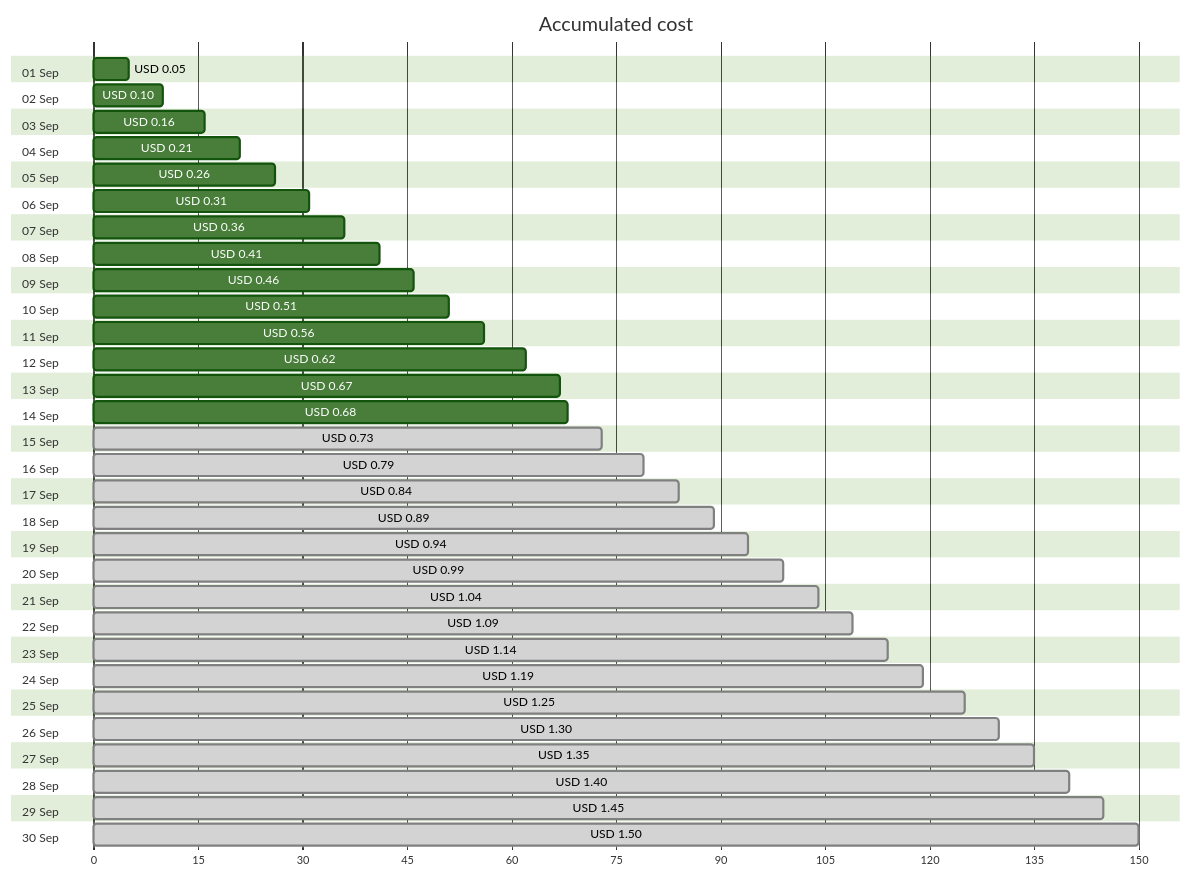
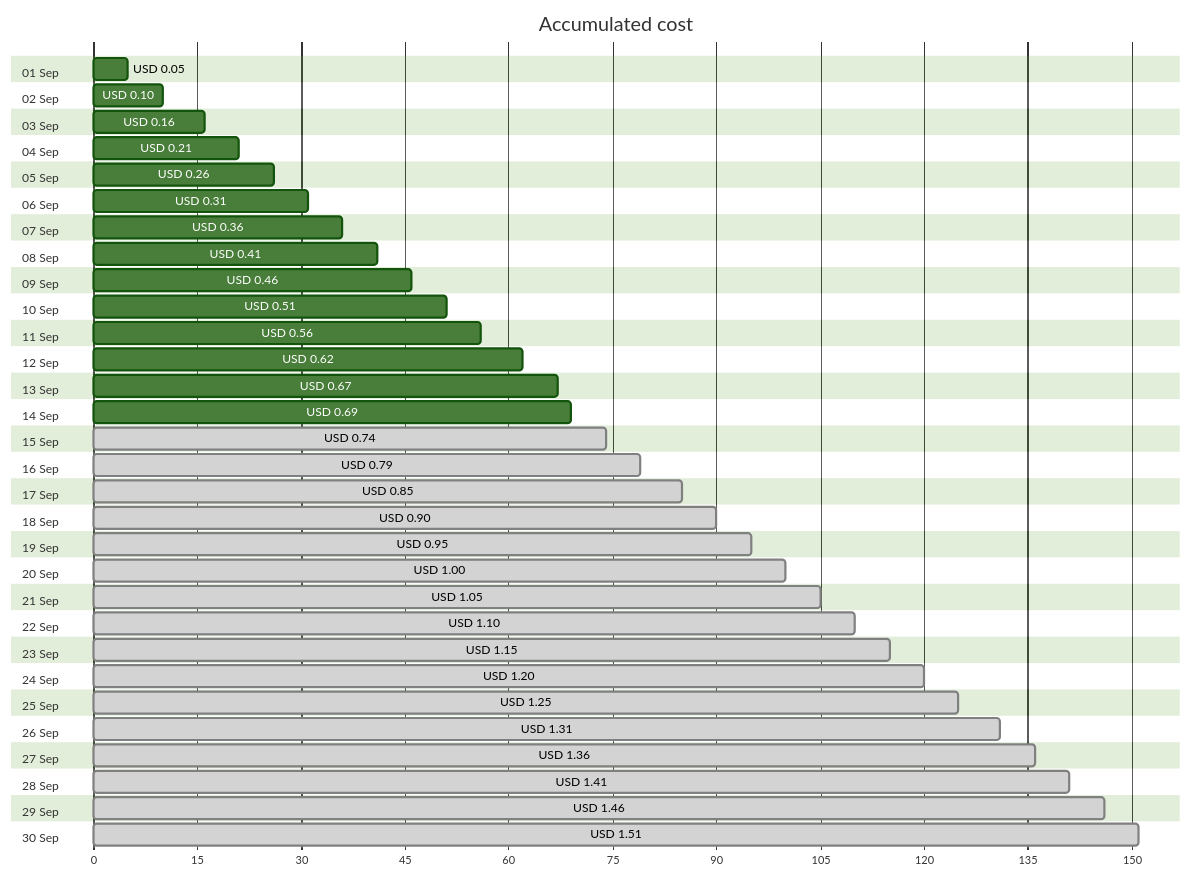
The first of 4 diagrams in cost-reports/personal-network/linux-dev_OsDisk.md (jpfulton/azure-personal-reports), drawn with Mermaid (forest theme) before and after one commit. The commit also changed other lines of this file and 34 other files, not shown here.

````diff
--- a/cost-reports/personal-network/linux-dev_OsDisk.md
+++ b/cost-reports/personal-network/linux-dev_OsDisk.md
@@ -20,66 +20,66 @@
 ```mermaid
 gantt
    title Accumulated cost
    dateFormat  X
    axisFormat %s
    section 01 Sep
    USD 0.05 :0, 5
    section 02 Sep
    USD 0.10 :0, 10
    section 03 Sep
    USD 0.16 :0, 16
    section 04 Sep
    USD 0.21 :0, 21
    section 05 Sep
    USD 0.26 :0, 26
    section 06 Sep
    USD 0.31 :0, 31
    section 07 Sep
    USD 0.36 :0, 36
    section 08 Sep
    USD 0.41 :0, 41
    section 09 Sep
    USD 0.46 :0, 46
    section 10 Sep
    USD 0.51 :0, 51
    section 11 Sep
    USD 0.56 :0, 56
    section 12 Sep
    USD 0.62 :0, 62
    section 13 Sep
    USD 0.67 :0, 67
    section 14 Sep
-   USD 0.68 :0, 68
+   USD 0.69 :0, 69
    section 15 Sep
-   USD 0.73 : done, 0, 73
+   USD 0.74 : done, 0, 74
    section 16 Sep
    USD 0.79 : done, 0, 79
    section 17 Sep
-   USD 0.84 : done, 0, 84
+   USD 0.85 : done, 0, 85
    section 18 Sep
-   USD 0.89 : done, 0, 89
+   USD 0.90 : done, 0, 90
    section 19 Sep
-   USD 0.94 : done, 0, 94
+   USD 0.95 : done, 0, 95
    section 20 Sep
-   USD 0.99 : done, 0, 99
+   USD 1.00 : done, 0, 100
    section 21 Sep
-   USD 1.04 : done, 0, 104
+   USD 1.05 : done, 0, 105
    section 22 Sep
-   USD 1.09 : done, 0, 109
+   USD 1.10 : done, 0, 110
    section 23 Sep
-   USD 1.14 : done, 0, 114
+   USD 1.15 : done, 0, 115
    section 24 Sep
-   USD 1.19 : done, 0, 119
+   USD 1.20 : done, 0, 120
    section 25 Sep
    USD 1.25 : done, 0, 125
    section 26 Sep
-   USD 1.30 : done, 0, 130
+   USD 1.31 : done, 0, 131
    section 27 Sep
-   USD 1.35 : done, 0, 135
+   USD 1.36 : done, 0, 136
    section 28 Sep
-   USD 1.40 : done, 0, 140
+   USD 1.41 : done, 0, 141
    section 29 Sep
-   USD 1.45 : done, 0, 145
+   USD 1.46 : done, 0, 146
    section 30 Sep
-   USD 1.50 : done, 0, 150
+   USD 1.51 : done, 0, 151
 ```
````
